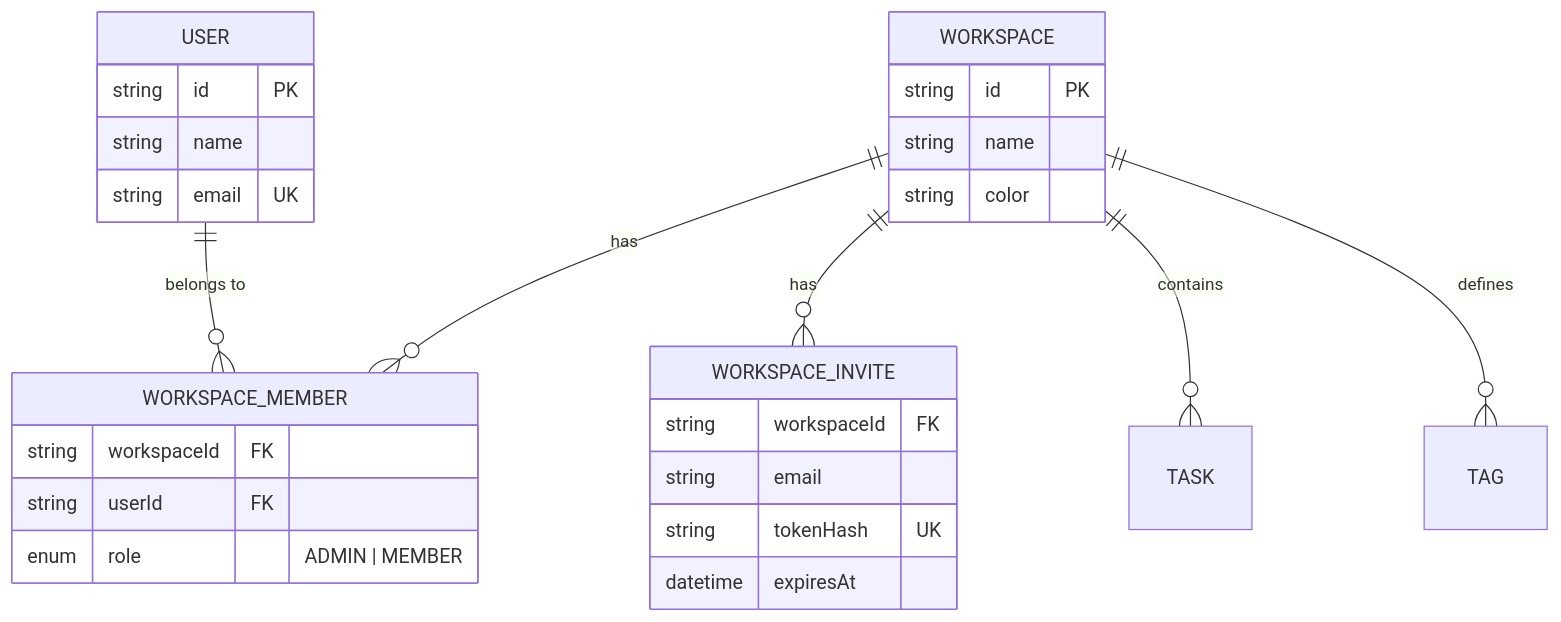
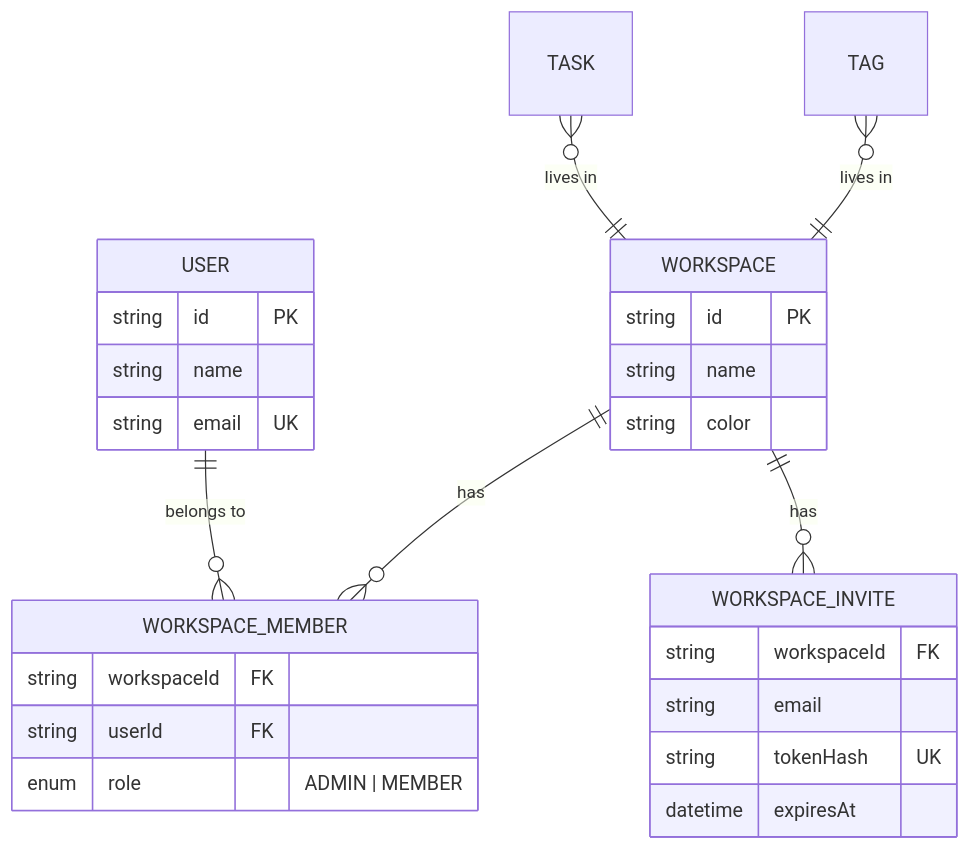
The eighth of 15 diagrams in BOOK.en.md (felipefontoura/spec-driven-development-book), drawn with Mermaid before and after one commit. The commit also changed other lines of this file and 1 other file, not shown here.

````diff
--- a/BOOK.en.md
+++ b/BOOK.en.md
@@ -1505,30 +1495,30 @@
 ```mermaid
 erDiagram
     USER ||--o{ WORKSPACE_MEMBER : "belongs to"
     WORKSPACE ||--o{ WORKSPACE_MEMBER : "has"
     WORKSPACE ||--o{ WORKSPACE_INVITE : "has"
-    WORKSPACE ||--o{ TASK : "contains"
-    WORKSPACE ||--o{ TAG : "defines"
+    TASK }o--|| WORKSPACE : "lives in"
+    TAG }o--|| WORKSPACE : "lives in"
 
     USER {
         string id PK
         string name
         string email UK
     }
     WORKSPACE {
         string id PK
         string name
         string color
     }
     WORKSPACE_MEMBER {
         string workspaceId FK
         string userId FK
         enum role "ADMIN | MEMBER"
     }
     WORKSPACE_INVITE {
         string workspaceId FK
         string email
         string tokenHash UK
         datetime expiresAt
     }
 ```
````
